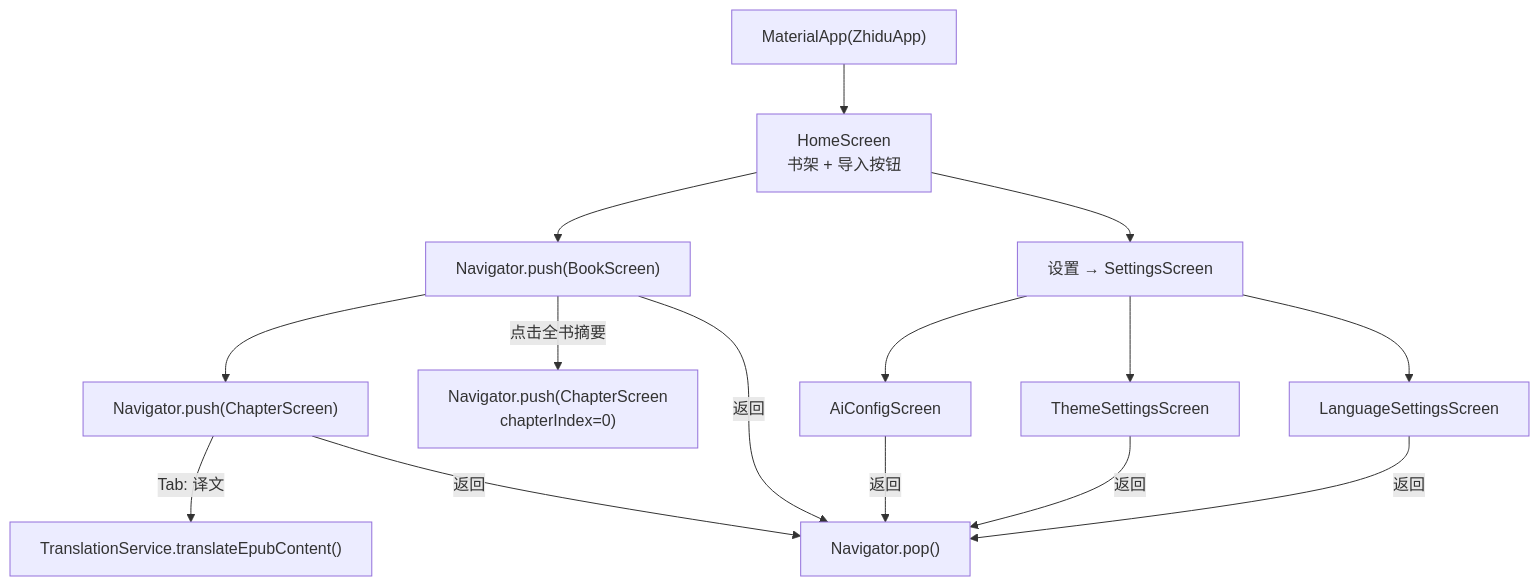
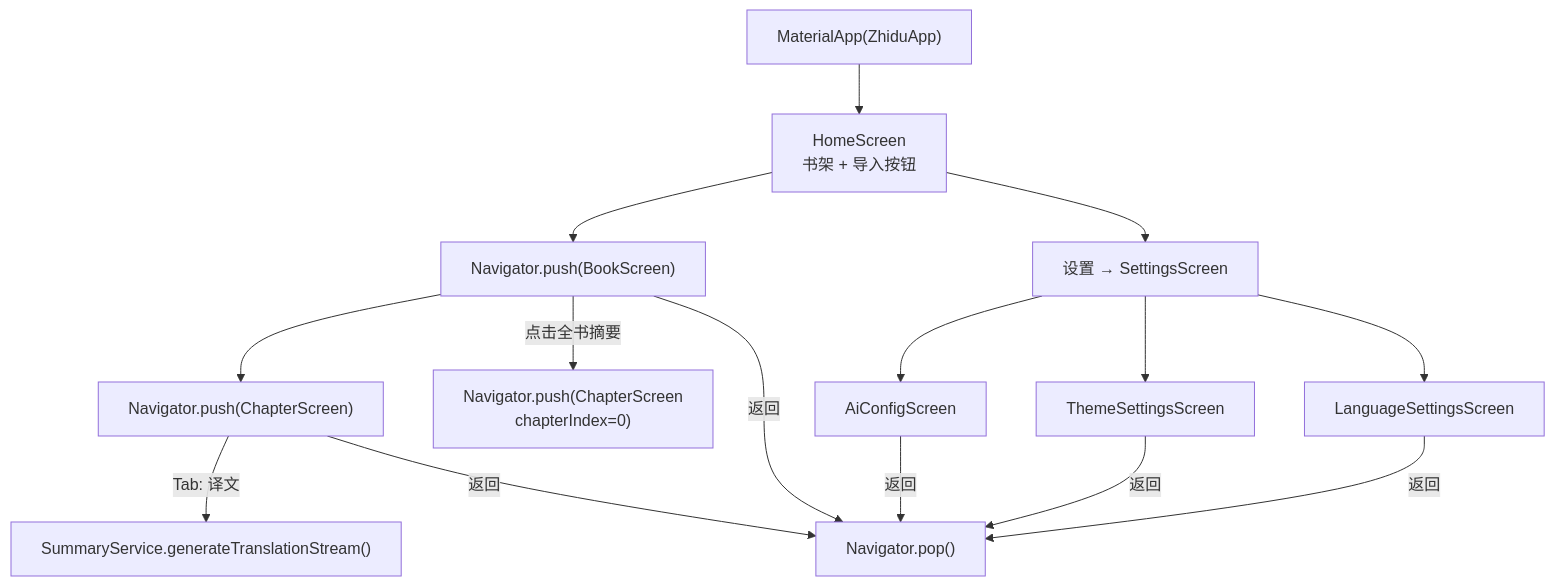
One commit to jjzhang2000/zhidu changed the ninth of 11 diagrams in docs/function_call_relationships_visual.md. Above: the diagram before and after it, drawn with Mermaid. The commit also changed other lines of this file and 43 other files, not shown here.

````diff
--- a/docs/function_call_relationships_visual.md
+++ b/docs/function_call_relationships_visual.md
@@ -457,22 +432,22 @@
 ```mermaid
 flowchart TD
     APP["MaterialApp(ZhiduApp)"] --> HS["HomeScreen<br/>书架 + 导入按钮"]
 
     HS --> BS_NAV["Navigator.push(BookScreen)"]
     HS --> SET["设置 → SettingsScreen"]
 
     SET --> AIC["AiConfigScreen"]
     SET --> THS["ThemeSettingsScreen"]
     SET --> LAS["LanguageSettingsScreen"]
 
     BS_NAV --> CS_NAV["Navigator.push(ChapterScreen)"]
     BS_NAV --> |"点击全书摘要"| CS_FIRST["Navigator.push(ChapterScreen<br/>chapterIndex=0)"]
 
-    CS_NAV --> |"Tab: 译文"| TRANS["TranslationService.translateEpubContent()"]
+    CS_NAV --> |"Tab: 译文"| TRANS["SummaryService.generateTranslationStream()"]
 
     CS_NAV --> |"返回"| POP["Navigator.pop()"]
     BS_NAV --> |"返回"| POP
     AIC --> |"返回"| POP
     THS --> |"返回"| POP
     LAS --> |"返回"| POP
 ```
````
